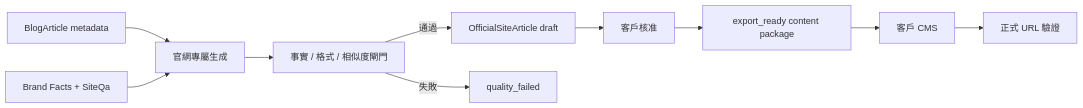
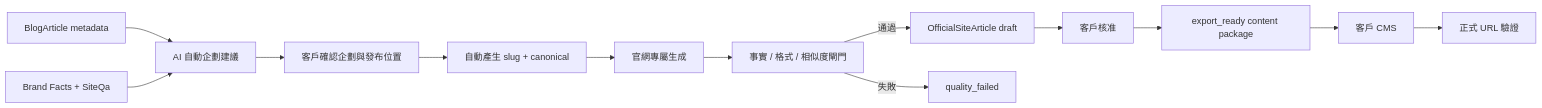
One commit to Jimmy-xinhow/GeoSaas changed the diagram in docs/architecture/OFFICIAL-SITE-CONTENT.md. Above: the diagram before and after it, drawn with Mermaid. The commit also changed other lines of this file and 8 other files, not shown here.

Commit message:
feat: automate official site article planning

````diff
--- a/docs/architecture/OFFICIAL-SITE-CONTENT.md
+++ b/docs/architecture/OFFICIAL-SITE-CONTENT.md
@@ -37,12 +41,15 @@
 ```mermaid
 flowchart LR
-  A["BlogArticle metadata"] --> C["官網專屬生成"]
-  B["Brand Facts + SiteQa"] --> C
-  C --> D["事實 / 格式 / 相似度閘門"]
-  D -->|"通過"| E["OfficialSiteArticle draft"]
-  D -->|"失敗"| F["quality_failed"]
+  A["BlogArticle metadata"] --> P["AI 自動企劃建議"]
+  B["Brand Facts + SiteQa"] --> P
+  P --> C["客戶確認企劃與發布位置"]
+  C --> D0["自動產生 slug + canonical"]
+  D0 --> D["官網專屬生成"]
+  D --> Q["事實 / 格式 / 相似度閘門"]
+  Q -->|"通過"| E["OfficialSiteArticle draft"]
+  Q -->|"失敗"| F["quality_failed"]
   E --> G["客戶核准"]
   G --> H["export_ready content package"]
   H --> I["客戶 CMS"]
   I --> J["正式 URL 驗證"]
 ```
````
